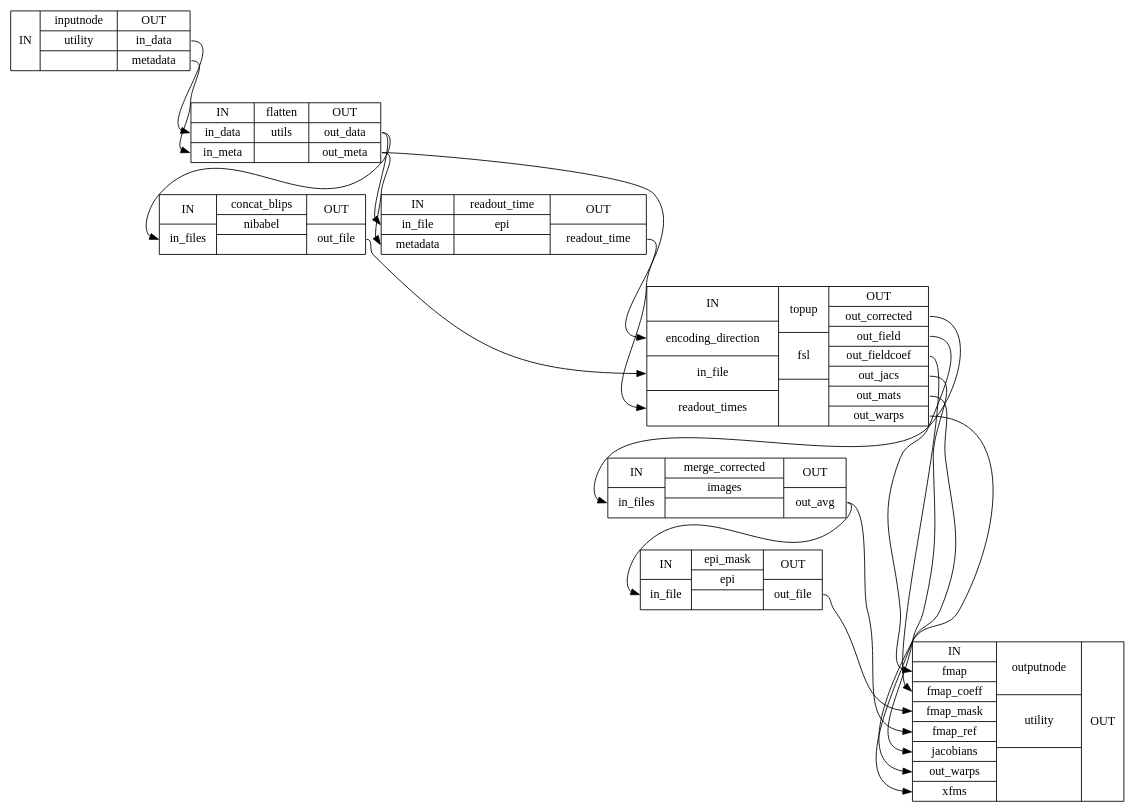
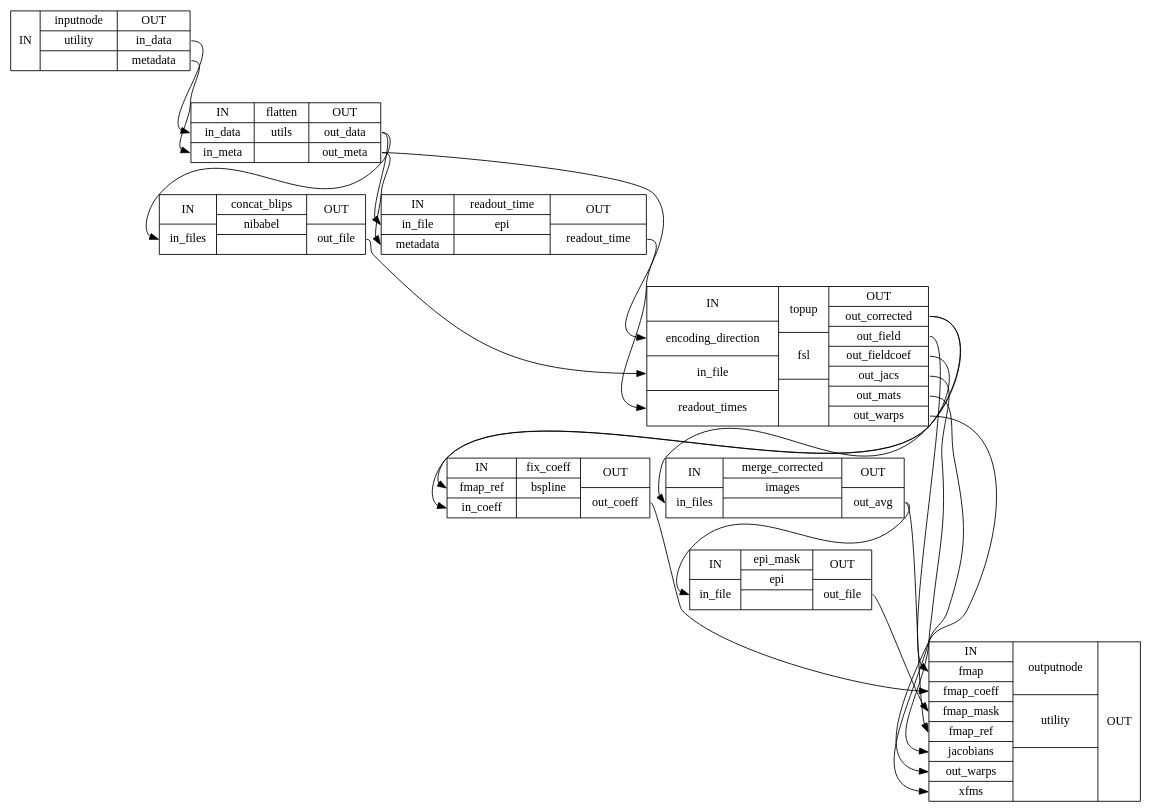
One commit to wayne009007/sdcflows changed the diagram in 1.4.0rc0/wf_directive/api/pepolar_estimate_wf/sdcflows-workflows-fit-pepolar-2_detailed.dot. Above: the diagram before and after it, drawn with Graphviz. The commit also changed 2172 other files, not shown here.

```diff
--- a/1.4.0rc0/wf_directive/api/pepolar_estimate_wf/sdcflows-workflows-fit-pepolar-2_detailed.dot
+++ b/1.4.0rc0/wf_directive/api/pepolar_estimate_wf/sdcflows-workflows-fit-pepolar-2_detailed.dot
@@ -1,28 +1,31 @@
 digraph structs {
 node [shape=record];
 pepolar_estimate_wfinputnode [label="{IN}|{ inputnode | utility |  }|{OUT|<outindata> in_data|<outmetadata> metadata}"];
 pepolar_estimate_wfflatten [label="{IN|<inindata> in_data|<ininmeta> in_meta}|{ flatten | utils |  }|{OUT|<outoutdata> out_data|<outoutmeta> out_meta}"];
 pepolar_estimate_wfconcat_blips [label="{IN|<ininfiles> in_files}|{ concat_blips | nibabel |  }|{OUT|<outoutfile> out_file}"];
 pepolar_estimate_wfreadout_time [label="{IN|<ininfile> in_file|<inmetadata> metadata}|{ readout_time | epi |  }|{OUT|<outreadouttime> readout_time}"];
 pepolar_estimate_wftopup [label="{IN|<inencodingdirection> encoding_direction|<ininfile> in_file|<inreadouttimes> readout_times}|{ topup | fsl |  }|{OUT|<outoutcorrected> out_corrected|<outoutfield> out_field|<outoutfieldcoef> out_fieldcoef|<outoutjacs> out_jacs|<outoutmats> out_mats|<outoutwarps> out_warps}"];
+pepolar_estimate_wffix_coeff [label="{IN|<infmapref> fmap_ref|<inincoeff> in_coeff}|{ fix_coeff | bspline |  }|{OUT|<outoutcoeff> out_coeff}"];
 pepolar_estimate_wfmerge_corrected [label="{IN|<ininfiles> in_files}|{ merge_corrected | images |  }|{OUT|<outoutavg> out_avg}"];
 pepolar_estimate_wfepi_mask [label="{IN|<ininfile> in_file}|{ epi_mask | epi |  }|{OUT|<outoutfile> out_file}"];
 pepolar_estimate_wfoutputnode [label="{IN|<infmap> fmap|<infmapcoeff> fmap_coeff|<infmapmask> fmap_mask|<infmapref> fmap_ref|<injacobians> jacobians|<inoutwarps> out_warps|<inxfms> xfms}|{ outputnode | utility |  }|{OUT}"];
 pepolar_estimate_wfconcat_blips:outoutfile:e -> pepolar_estimate_wftopup:ininfile:w;
 pepolar_estimate_wfepi_mask:outoutfile:e -> pepolar_estimate_wfoutputnode:infmapmask:w;
+pepolar_estimate_wffix_coeff:outoutcoeff:e -> pepolar_estimate_wfoutputnode:infmapcoeff:w;
 pepolar_estimate_wfflatten:outoutdata:e -> pepolar_estimate_wfconcat_blips:ininfiles:w;
 pepolar_estimate_wfflatten:outoutdata:e -> pepolar_estimate_wfreadout_time:ininfile:w;
 pepolar_estimate_wfflatten:outoutmeta:e -> pepolar_estimate_wfreadout_time:inmetadata:w;
 pepolar_estimate_wfflatten:outoutmeta:e -> pepolar_estimate_wftopup:inencodingdirection:w;
 pepolar_estimate_wfinputnode:outindata:e -> pepolar_estimate_wfflatten:inindata:w;
 pepolar_estimate_wfinputnode:outmetadata:e -> pepolar_estimate_wfflatten:ininmeta:w;
 pepolar_estimate_wfmerge_corrected:outoutavg:e -> pepolar_estimate_wfepi_mask:ininfile:w;
 pepolar_estimate_wfmerge_corrected:outoutavg:e -> pepolar_estimate_wfoutputnode:infmapref:w;
 pepolar_estimate_wfreadout_time:outreadouttime:e -> pepolar_estimate_wftopup:inreadouttimes:w;
+pepolar_estimate_wftopup:outoutcorrected:e -> pepolar_estimate_wffix_coeff:infmapref:w;
 pepolar_estimate_wftopup:outoutcorrected:e -> pepolar_estimate_wfmerge_corrected:ininfiles:w;
 pepolar_estimate_wftopup:outoutfield:e -> pepolar_estimate_wfoutputnode:infmap:w;
-pepolar_estimate_wftopup:outoutfieldcoef:e -> pepolar_estimate_wfoutputnode:infmapcoeff:w;
+pepolar_estimate_wftopup:outoutfieldcoef:e -> pepolar_estimate_wffix_coeff:inincoeff:w;
 pepolar_estimate_wftopup:outoutjacs:e -> pepolar_estimate_wfoutputnode:injacobians:w;
 pepolar_estimate_wftopup:outoutmats:e -> pepolar_estimate_wfoutputnode:inxfms:w;
 pepolar_estimate_wftopup:outoutwarps:e -> pepolar_estimate_wfoutputnode:inoutwarps:w;
 }
```
